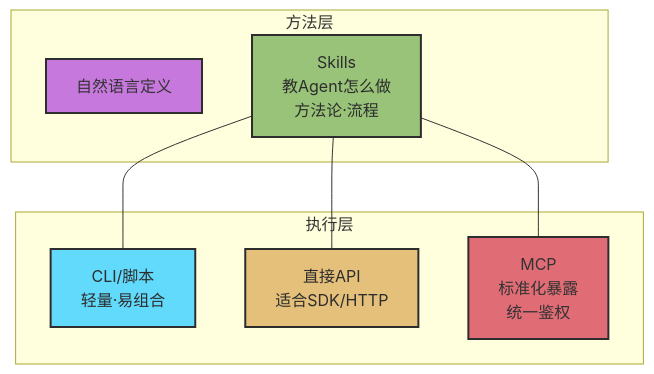
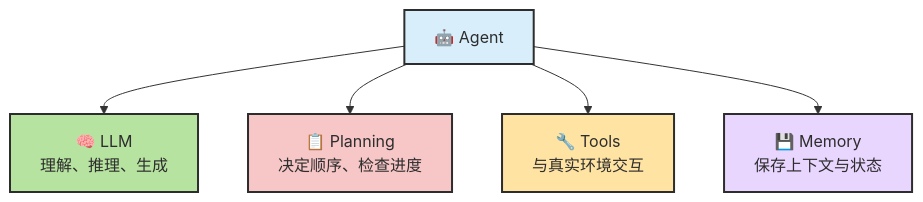
The seventh of 11 diagrams in docs/chapters/ch02-concepts.md (zht043/AgenticCodingTutorial), drawn with Mermaid before and after one commit. The commit also changed other lines of this file and 69 other files, not shown here.

Commit message:
optimize docs and add mermaid validation

````diff
--- a/docs/chapters/ch02-concepts.md
+++ b/docs/chapters/ch02-concepts.md
@@ -328,23 +275,13 @@
 ```mermaid
 flowchart TB
-    classDef method fill:#c678dd,stroke:#2d2d2d,stroke-width:2px
-    classDef skill fill:#98c379,stroke:#2d2d2d,stroke-width:2px,color:#2d2d2d
-    classDef cli fill:#61dafb,stroke:#2d2d2d,stroke-width:2px,color:#2d2d2d
-    classDef api fill:#e5c07b,stroke:#2d2d2d,stroke-width:2px,color:#2d2d2d
-    classDef mcp fill:#e06c75,stroke:#2d2d2d,stroke-width:2px
+    classDef center fill:#d8eefb,stroke:#2d2d2d,stroke-width:2px,color:#2d2d2d
+    classDef llm fill:#b7e3a1,stroke:#2d2d2d,stroke-width:2px,color:#2d2d2d
+    classDef mem fill:#e8d6ff,stroke:#2d2d2d,stroke-width:2px,color:#2d2d2d
+    classDef tool fill:#ffe3a3,stroke:#2d2d2d,stroke-width:2px,color:#2d2d2d
+    classDef plan fill:#f7c6c7,stroke:#2d2d2d,stroke-width:2px,color:#2d2d2d
 
-    subgraph Method["方法层"]
-        S1["自然语言定义"]:::method
-        S2["Skills<br/>教Agent怎么做<br/>方法论·流程"]:::skill
-    end
-
-    subgraph Runtime["执行层"]
-        C1["CLI/脚本<br/>轻量·易组合"]:::cli
-        C2["直接API<br/>适合SDK/HTTP"]:::api
-        C3["MCP<br/>标准化暴露<br/>统一鉴权"]:::mcp
-    end
-
-    S2 --- C1
-    S2 --- C2
-    S2 --- C3
+    A["🤖 Agent"]:::center --> L["🧠 LLM<br/>理解、推理、生成"]:::llm
+    A --> P["📋 Planning<br/>决定顺序、检查进度"]:::plan
+    A --> T["🔧 Tools<br/>与真实环境交互"]:::tool
+    A --> M["💾 Memory<br/>保存上下文与状态"]:::mem
 ```
````
